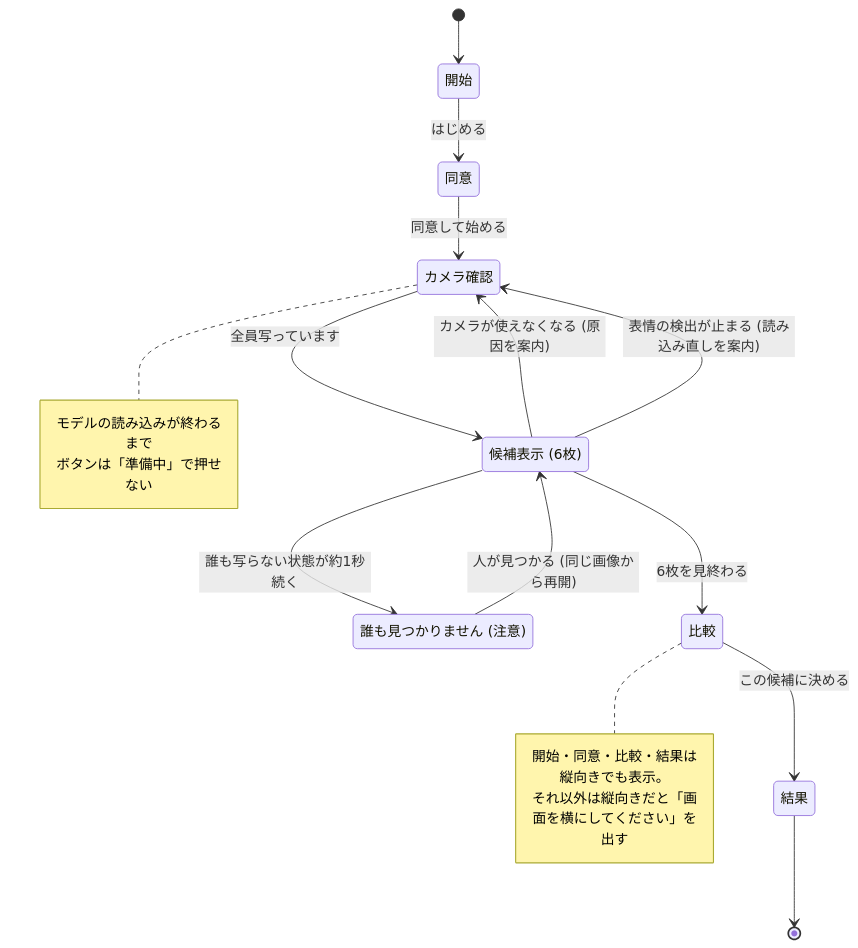
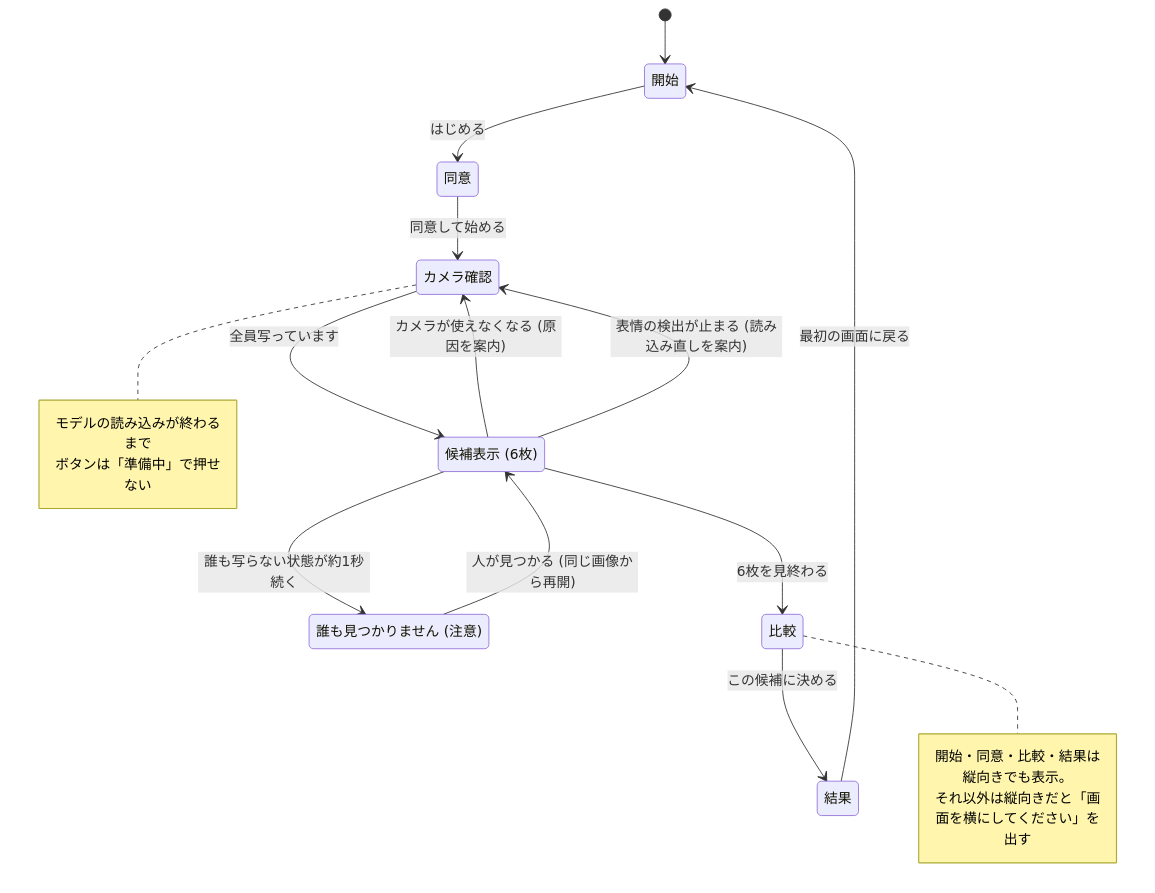
One commit to l4na-git/NexTrip changed the second of 3 diagrams in README.md. Above: the diagram before and after it, drawn with Mermaid. The commit also changed 2 other files, not shown here.

Commit message:
feat(session): 結果画面から最初の画面に戻れるようにする
- 結果画面で RESTART を受け取ると、状態を丸ごと最初に戻す。前回の計測結果と選んだ候補を残さず、続けて別のグループでも使えるようにする
- 確認画面の BACK_TO_START とは別にする(あちらは状態を残したまま画面だけ戻す)
- 結果画面以外で RESTART が届いても無視する
- README の画面遷移の図に、この遷移を追加する
- この時点では画面からはまだ使っていない

````diff
--- a/README.md
+++ b/README.md
@@ -51,31 +51,31 @@
 ```mermaid
 stateDiagram-v2
   state "開始" as Start
   state "同意" as Consent
   state "カメラ確認" as Check
   state "候補表示 (6枚)" as Candidate
   state "誰も見つかりません (注意)" as NoFace
   state "比較" as Compare
   state "結果" as Result
 
   [*] --> Start
   Start --> Consent: はじめる
   Consent --> Check: 同意して始める
   Check --> Candidate: 全員写っています
   Candidate --> Compare: 6枚を見終わる
   Candidate --> NoFace: 誰も写らない状態が約1秒続く
   NoFace --> Candidate: 人が見つかる (同じ画像から再開)
   Candidate --> Check: カメラが使えなくなる (原因を案内)
   Candidate --> Check: 表情の検出が止まる (読み込み直しを案内)
   Compare --> Result: この候補に決める
-  Result --> [*]
+  Result --> Start: 最初の画面に戻る
 
   note right of Check
     モデルの読み込みが終わるまで
     ボタンは「準備中」で押せない
   end note
   note right of Compare
     開始・同意・比較・結果は縦向きでも表示。
     それ以外は縦向きだと「画面を横にしてください」を出す
   end note
 ```
````
